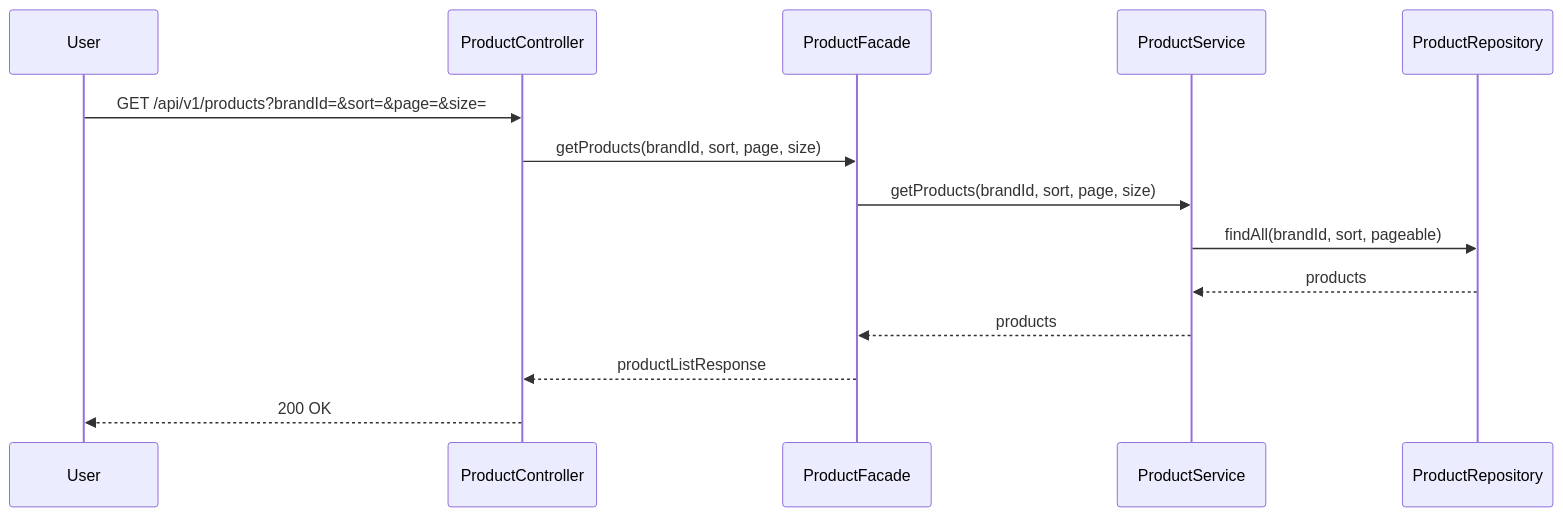
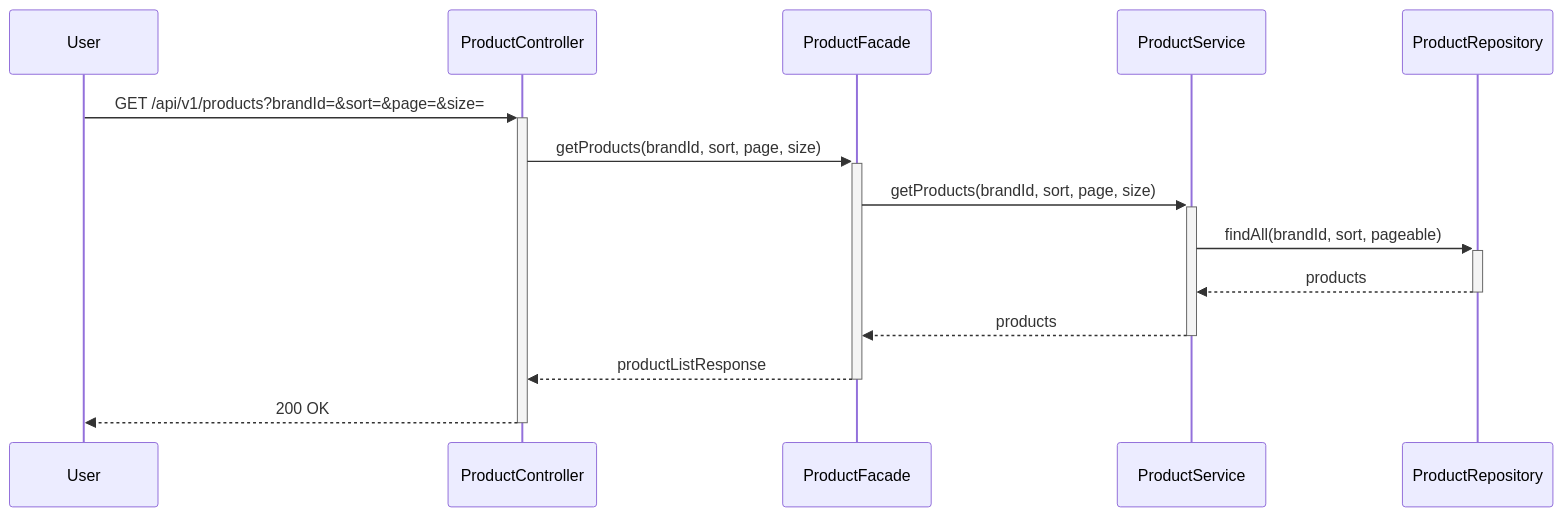
The second of 12 diagrams in docs/week2/02-sequence-diagrams.md (loopers-labs/loop-pack-be-l2-vol4-java), drawn with Mermaid before and after one commit. The commit also changed other lines of this file, not shown here.

Commit message:
docs: 시퀀스 다이어그램 전체 activation bar 추가

````diff
--- a/docs/week2/02-sequence-diagrams.md
+++ b/docs/week2/02-sequence-diagrams.md
@@ -37,17 +37,17 @@
 ```mermaid
 sequenceDiagram
     participant User
     participant ProductController
     participant ProductFacade
     participant ProductService
     participant ProductRepository
 
-    User->>ProductController: GET /api/v1/products?brandId=&sort=&page=&size=
-    ProductController->>ProductFacade: getProducts(brandId, sort, page, size)
-    ProductFacade->>ProductService: getProducts(brandId, sort, page, size)
-    ProductService->>ProductRepository: findAll(brandId, sort, pageable)
-    ProductRepository-->>ProductService: products
-    ProductService-->>ProductFacade: products
-    ProductFacade-->>ProductController: productListResponse
-    ProductController-->>User: 200 OK
+    User->>+ProductController: GET /api/v1/products?brandId=&sort=&page=&size=
+    ProductController->>+ProductFacade: getProducts(brandId, sort, page, size)
+    ProductFacade->>+ProductService: getProducts(brandId, sort, page, size)
+    ProductService->>+ProductRepository: findAll(brandId, sort, pageable)
+    ProductRepository-->>-ProductService: products
+    ProductService-->>-ProductFacade: products
+    ProductFacade-->>-ProductController: productListResponse
+    ProductController-->>-User: 200 OK
 ```
````
